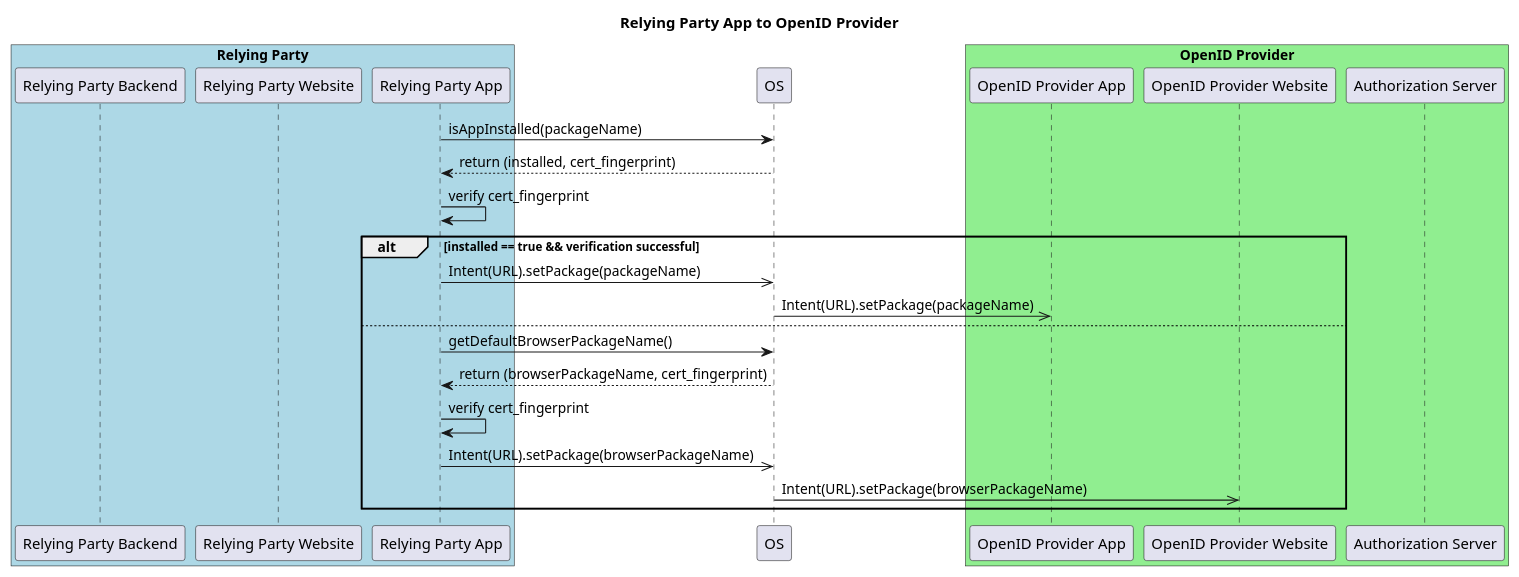
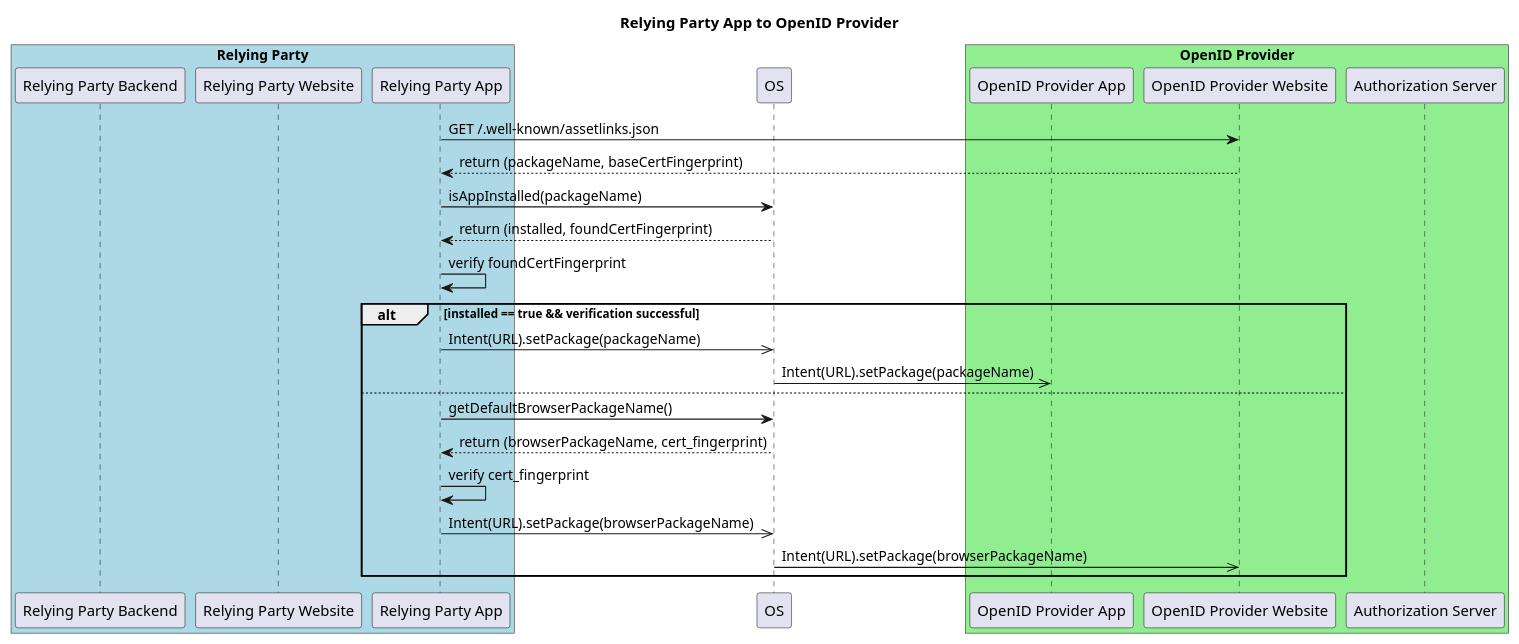
Before and after one commit to oauthstuff/app2app-evolution: the diagram in plantuml/rp_to_idp.plantuml, drawn with PlantUML. The commit also changed 2 other files, not shown here.

Commit message:
updated diagrams and code

```diff
--- a/plantuml/rp_to_idp.plantuml
+++ b/plantuml/rp_to_idp.plantuml
@@ -1,32 +1,34 @@
 @startuml
 
 title Relying Party App to OpenID Provider
 
 box "Relying Party" #LightBlue
 participant "Relying Party Backend" as rpb
 participant "Relying Party Website" as rpw
 participant "Relying Party App" as rpa
 end box
 participant "OS" as os
 box "OpenID Provider" #LightGreen
 participant "OpenID Provider App" as opa
 participant "OpenID Provider Website" as opw
 participant "Authorization Server" as as
 end box
 
+rpa -> opw: GET /.well-known/assetlinks.json
+rpa <-- opw: return (packageName, baseCertFingerprint)
 rpa -> os: isAppInstalled(packageName)
-rpa <-- os: return (installed, cert_fingerprint)
-rpa -> rpa: verify cert_fingerprint
+rpa <-- os: return (installed, foundCertFingerprint)
+rpa -> rpa: verify foundCertFingerprint
 
 alt installed == true && verification successful
    rpa ->> os: Intent(URL).setPackage(packageName)
    os ->> opa: Intent(URL).setPackage(packageName)
 else
    rpa -> os: getDefaultBrowserPackageName()
    rpa <-- os: return (browserPackageName, cert_fingerprint)
    rpa -> rpa: verify cert_fingerprint
    rpa ->> os: Intent(URL).setPackage(browserPackageName)
    os ->> opw: Intent(URL).setPackage(browserPackageName)
 end
 
 @enduml
```
